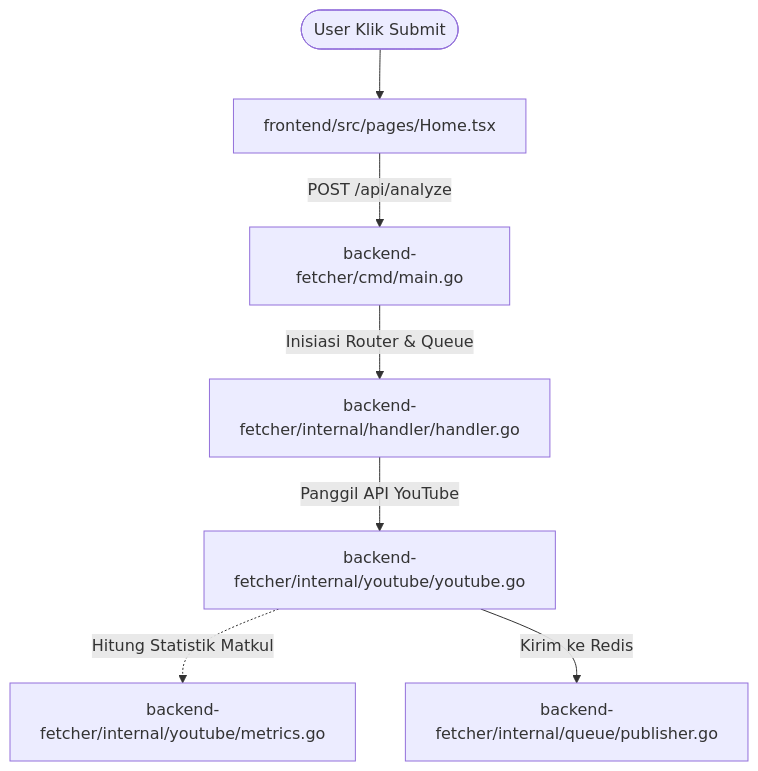
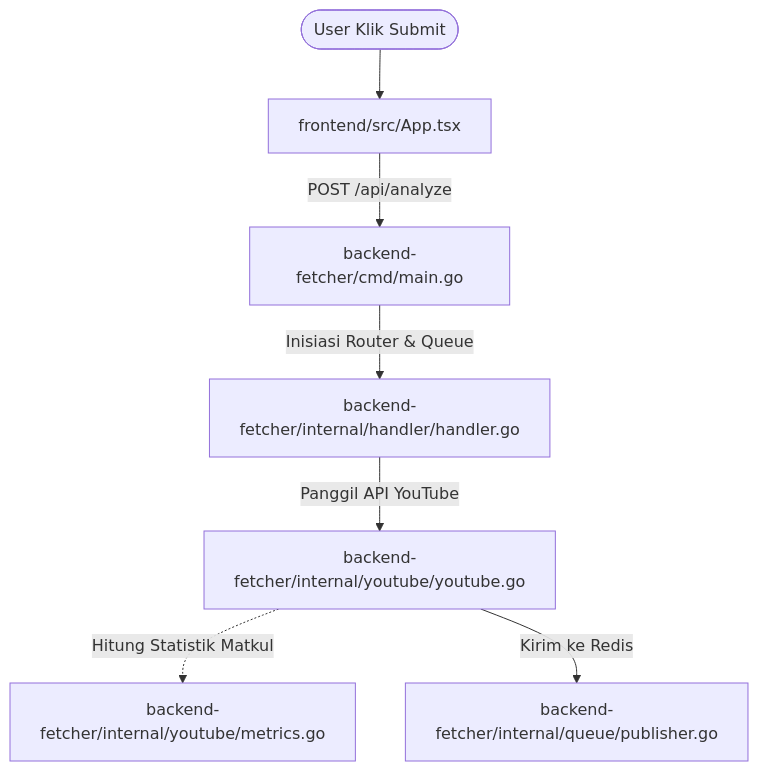
Before and after one commit to DaffMe/NeuroTube: the first of 4 diagrams in ALUR_EKSEKUSI_NEUROTUBE.md, drawn with Mermaid. The commit also changed other lines of this file and 14 other files, not shown here.

````diff
--- a/ALUR_EKSEKUSI_NEUROTUBE.md
+++ b/ALUR_EKSEKUSI_NEUROTUBE.md
@@ -32,9 +56,9 @@
 ```mermaid
 flowchart TD
-    Start([User Klik Submit]) --> F1[frontend/src/pages/Home.tsx]
+    Start([User Klik Submit]) --> F1[frontend/src/App.tsx]
     F1 -->|POST /api/analyze| F2[backend-fetcher/cmd/main.go]
     F2 -->|Inisiasi Router & Queue| F3[backend-fetcher/internal/handler/handler.go]
     F3 -->|Panggil API YouTube| F4[backend-fetcher/internal/youtube/youtube.go]
     F4 -.->|Hitung Statistik Matkul| F5[backend-fetcher/internal/youtube/metrics.go]
     F4 -->|Kirim ke Redis| F6[backend-fetcher/internal/queue/publisher.go]
 ```
````
